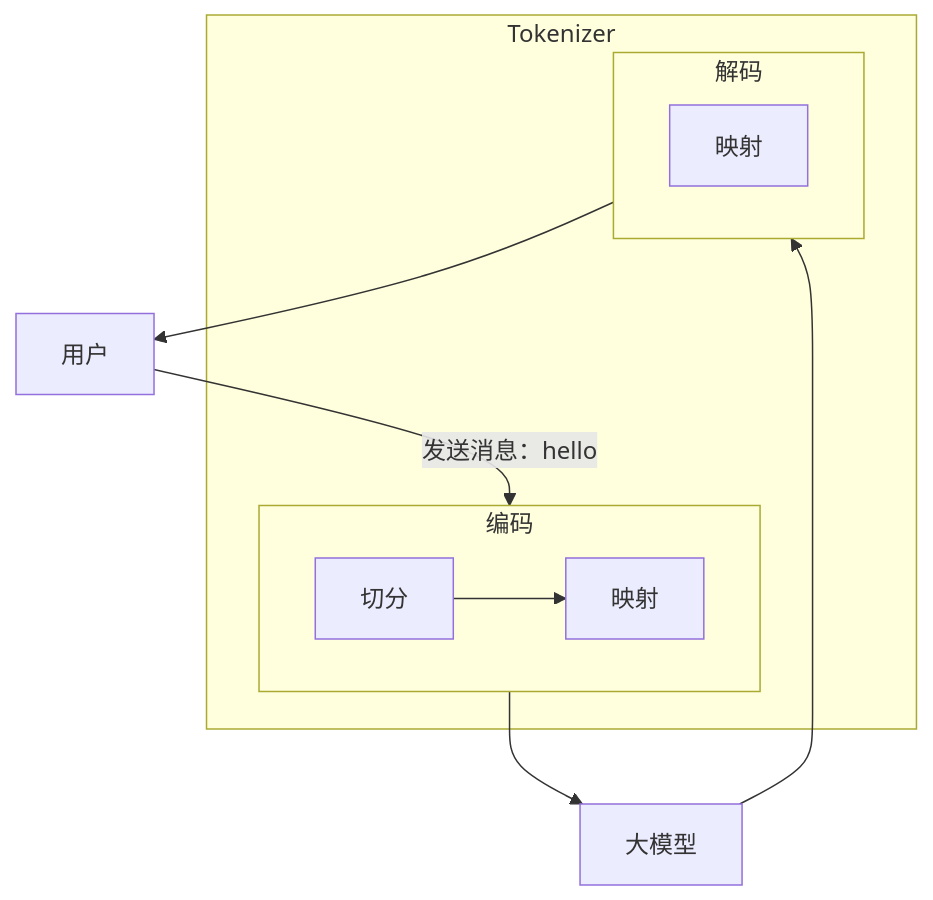
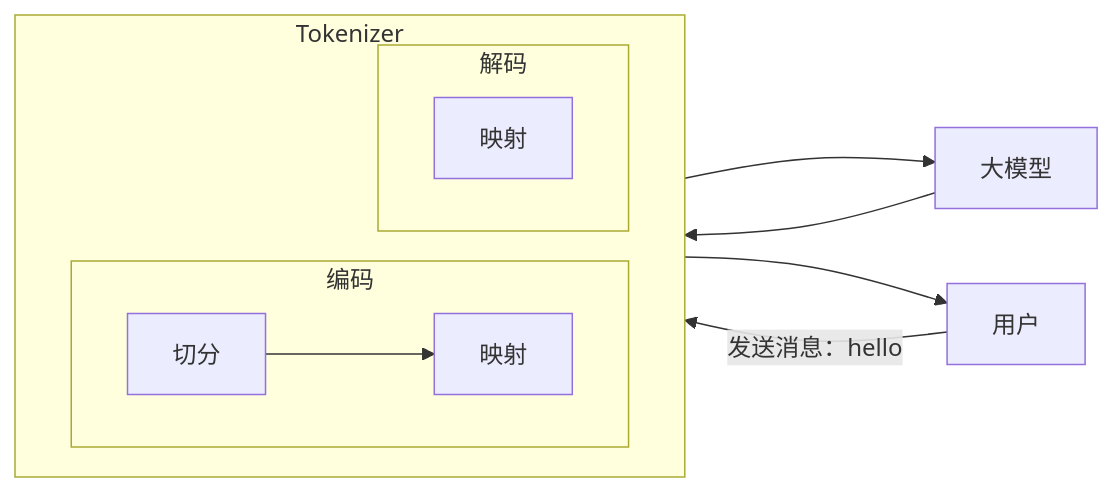
One commit to wangxiaoqi0123/iodraw-files changed the diagram in all/未命名.md. Above: the diagram before and after it, drawn with Mermaid.

Commit message:
2026-04-09 17:03:47 update

````diff
--- a/all/未命名.md
+++ b/all/未命名.md
@@ -1,29 +1,27 @@
 ```mermaid
-flowchart 
+flowchart LR
+    %% 左右主节点
     U[用户]
     M[大模型]
 
-    %% 外层包裹：文本处理阶段
+    %% 中间层
     subgraph Pipeline[Tokenizer]
-        
-        %% 编码模块
+        direction LR
+
         subgraph Encoder[编码]
             E1[切分]
             E2[映射]
+            E1 --> E2
         end
 
-        %% 解码模块
         subgraph Decoder[解码]
             D1[映射]
         end
-
     end
 
-    %% 流程连接
-    U -- 发送消息：hello --> Encoder
-    E1 --> E2
-    Encoder --> M
-    M --> Decoder
-    Decoder --> U
-
+    %% 关键：用“内部节点”连接，而不是 subgraph
+    U -- 发送消息：hello --> E1
+    E2 --> M
+    M --> D1
+    D1 --> U
 ```
````
